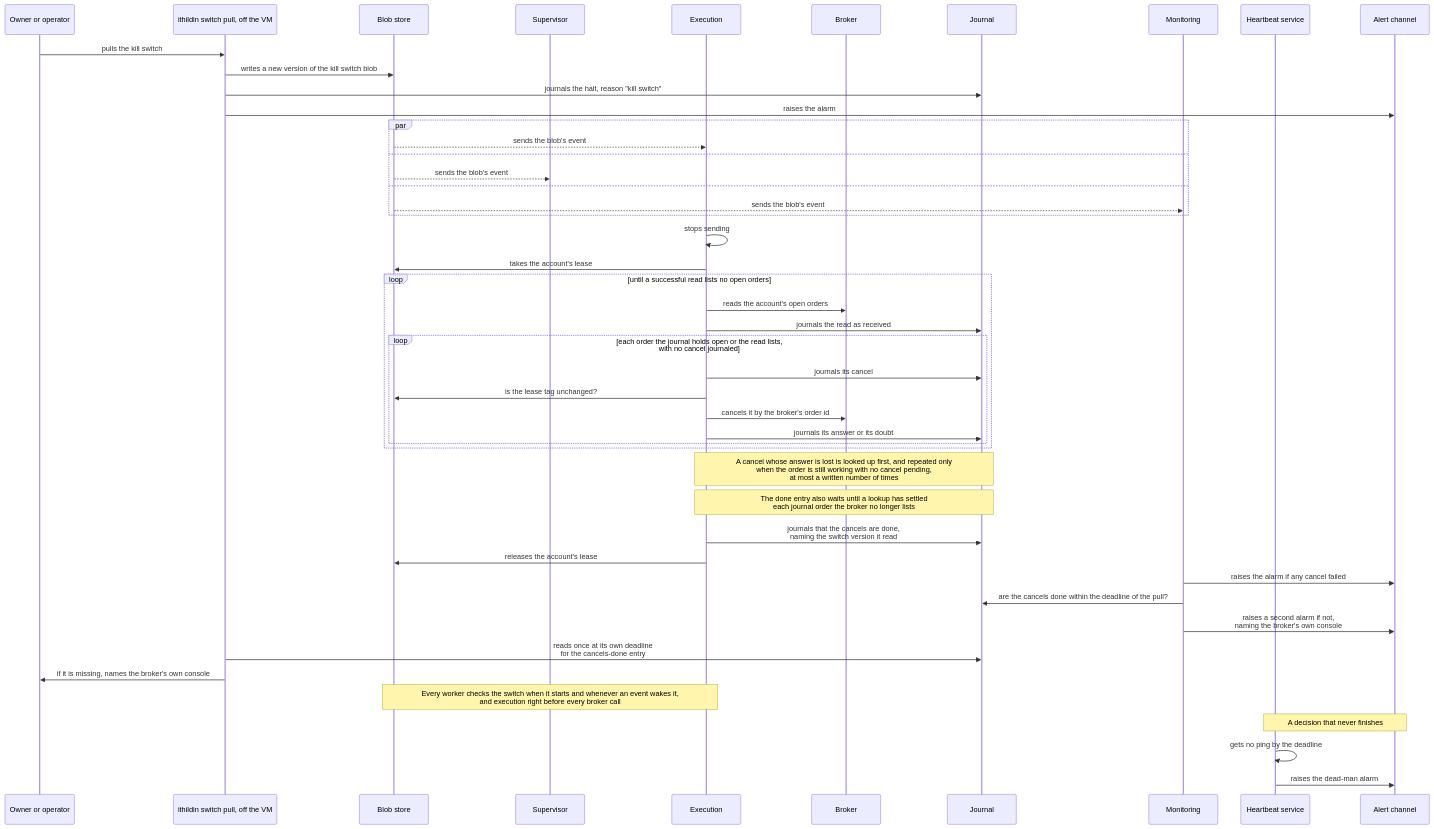
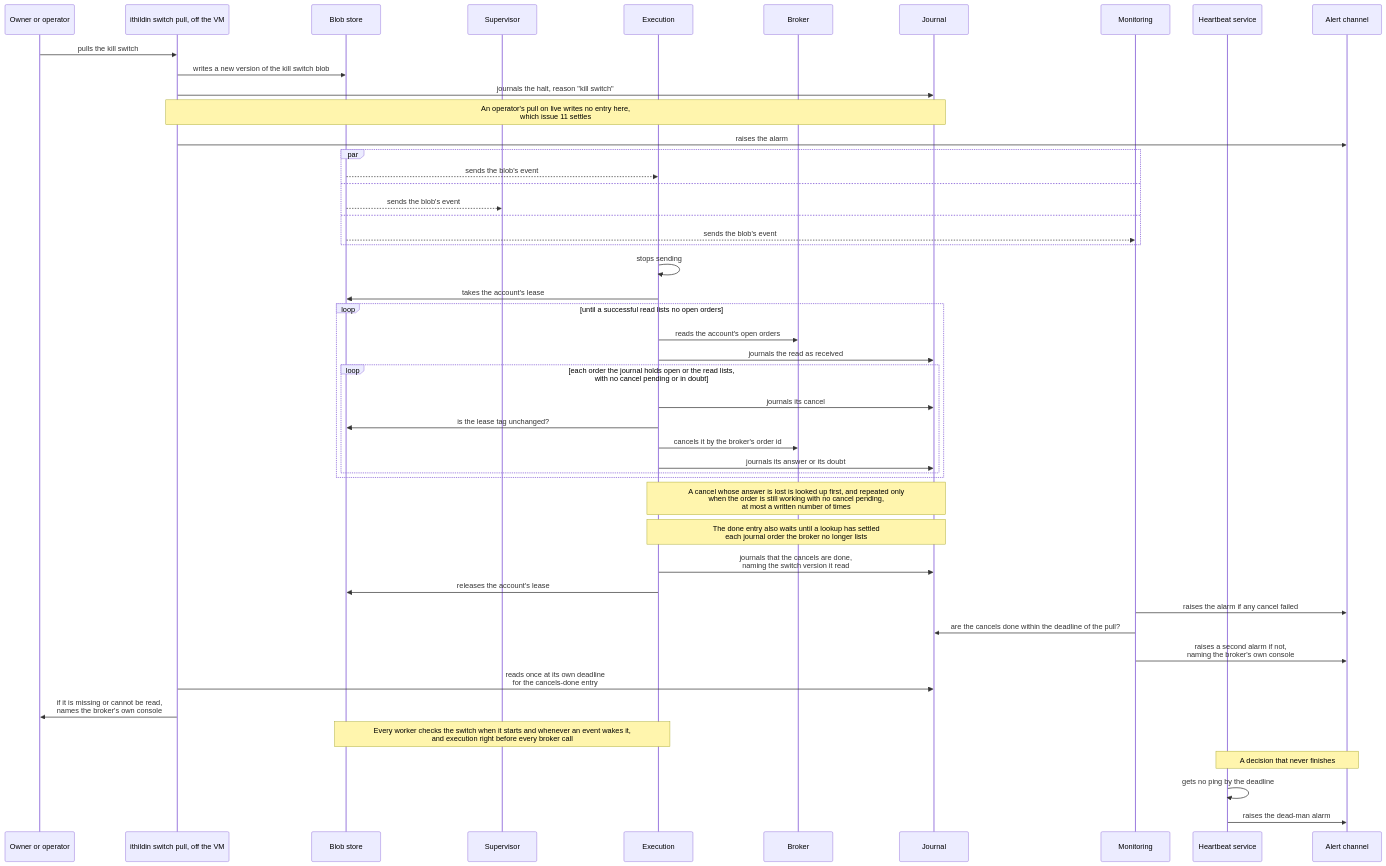
Before and after one commit to l3a0/ithildin-runtime: diagram 15 of 17 in docs/architecture/06-runtime.md, drawn with Mermaid. The commit also changed other lines of this file and 5 other files, not shown here.

````diff
--- a/docs/architecture/06-runtime.md
+++ b/docs/architecture/06-runtime.md
@@ -836,51 +836,52 @@
 ```mermaid
 sequenceDiagram
     participant P as Owner or operator
     participant K as ithildin switch pull, off the VM
     participant F as Blob store
     participant V as Supervisor
     participant X as Execution
     participant B as Broker
     participant J as Journal
     participant M as Monitoring
     participant H as Heartbeat service
     participant A as Alert channel
 
     P->>K: pulls the kill switch
     K->>F: writes a new version of the kill switch blob
     K->>J: journals the halt, reason "kill switch"
+    Note over K,J: An operator's pull on live writes no entry here,<br/>which issue 11 settles
     K->>A: raises the alarm
     par
         F-->>X: sends the blob's event
     and
         F-->>V: sends the blob's event
     and
         F-->>M: sends the blob's event
     end
     X->>X: stops sending
     X->>F: takes the account's lease
     loop until a successful read lists no open orders
         X->>B: reads the account's open orders
         X->>J: journals the read as received
-        loop each order the journal holds open or the read lists,<br/>with no cancel journaled
+        loop each order the journal holds open or the read lists,<br/>with no cancel pending or in doubt
             X->>J: journals its cancel
             X->>F: is the lease tag unchanged?
             X->>B: cancels it by the broker's order id
             X->>J: journals its answer or its doubt
         end
     end
     Note over X,J: A cancel whose answer is lost is looked up first, and repeated only<br/>when the order is still working with no cancel pending,<br/>at most a written number of times
     Note over X,J: The done entry also waits until a lookup has settled<br/>each journal order the broker no longer lists
     X->>J: journals that the cancels are done,<br/>naming the switch version it read
     X->>F: releases the account's lease
     M->>A: raises the alarm if any cancel failed
     M->>J: are the cancels done within the deadline of the pull?
     M->>A: raises a second alarm if not,<br/>naming the broker's own console
     K->>J: reads once at its own deadline<br/>for the cancels-done entry
-    K->>P: if it is missing, names the broker's own console
+    K->>P: if it is missing or cannot be read,<br/>names the broker's own console
     Note over F,X: Every worker checks the switch when it starts and whenever an event wakes it,<br/>and execution right before every broker call
 
     Note over H,A: A decision that never finishes
     H->>H: gets no ping by the deadline
     H->>A: raises the dead-man alarm
 ```
````
